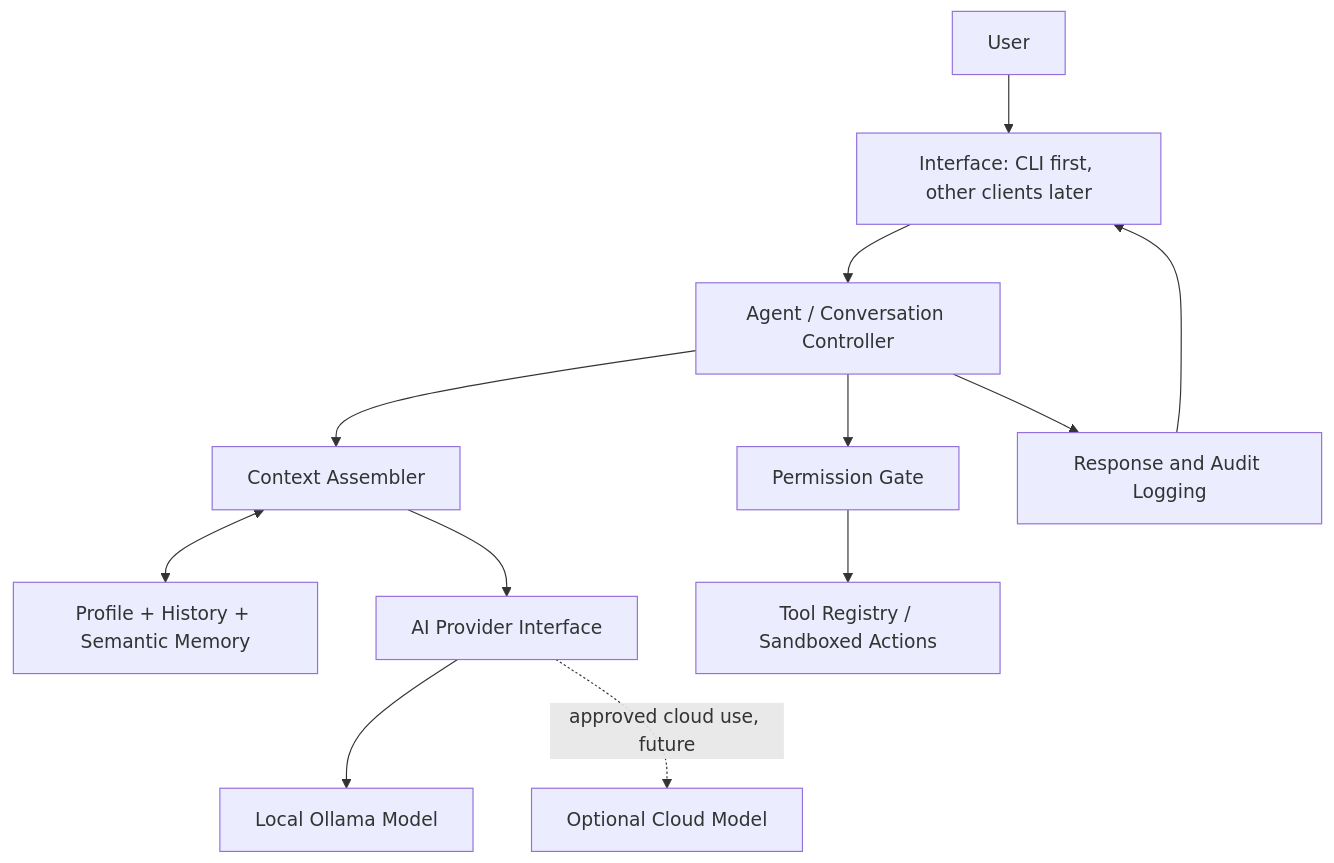
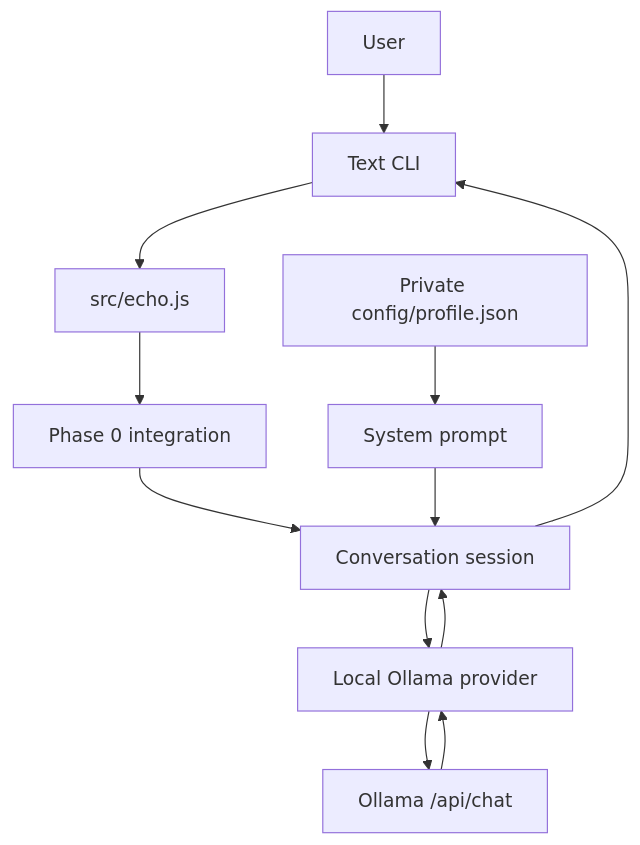
The diagram in docs/ARCHITECTURE.md (derrenderrick00-ux/echo), drawn with Mermaid before and after one commit. The commit also changed other lines of this file and 17 other files, not shown here.

Commit message:
feat: integrate Ollama and personal profile into Echo

````diff
--- a/docs/ARCHITECTURE.md
+++ b/docs/ARCHITECTURE.md
@@ -9,14 +8,12 @@
 ```mermaid
 flowchart TD
-    U[User] --> UI[Interface: CLI first, other clients later]
-    UI --> AG[Agent / Conversation Controller]
-    AG --> CTX[Context Assembler]
-    CTX <--> MEM[Profile + History + Semantic Memory]
-    CTX --> MODEL[AI Provider Interface]
-    MODEL --> LOCAL[Local Ollama Model]
-    MODEL -. approved cloud use, future .-> CLOUD[Optional Cloud Model]
-    AG --> GATE[Permission Gate]
-    GATE --> TOOLS[Tool Registry / Sandboxed Actions]
-    AG --> OUT[Response and Audit Logging]
-    OUT --> UI
+    U[User] --> CLI[Text CLI]
+    CLI --> START[src/echo.js]
+    START --> PHASE[Phase 0 integration]
+    PHASE --> SESSION[Conversation session]
+    PROFILE[Private config/profile.json] --> SYS[System prompt]
+    SYS --> SESSION
+    SESSION --> ADAPTER[Local Ollama provider]
+    ADAPTER --> LOCAL[Ollama /api/chat]
+    LOCAL --> ADAPTER --> SESSION --> CLI
 ```
````
